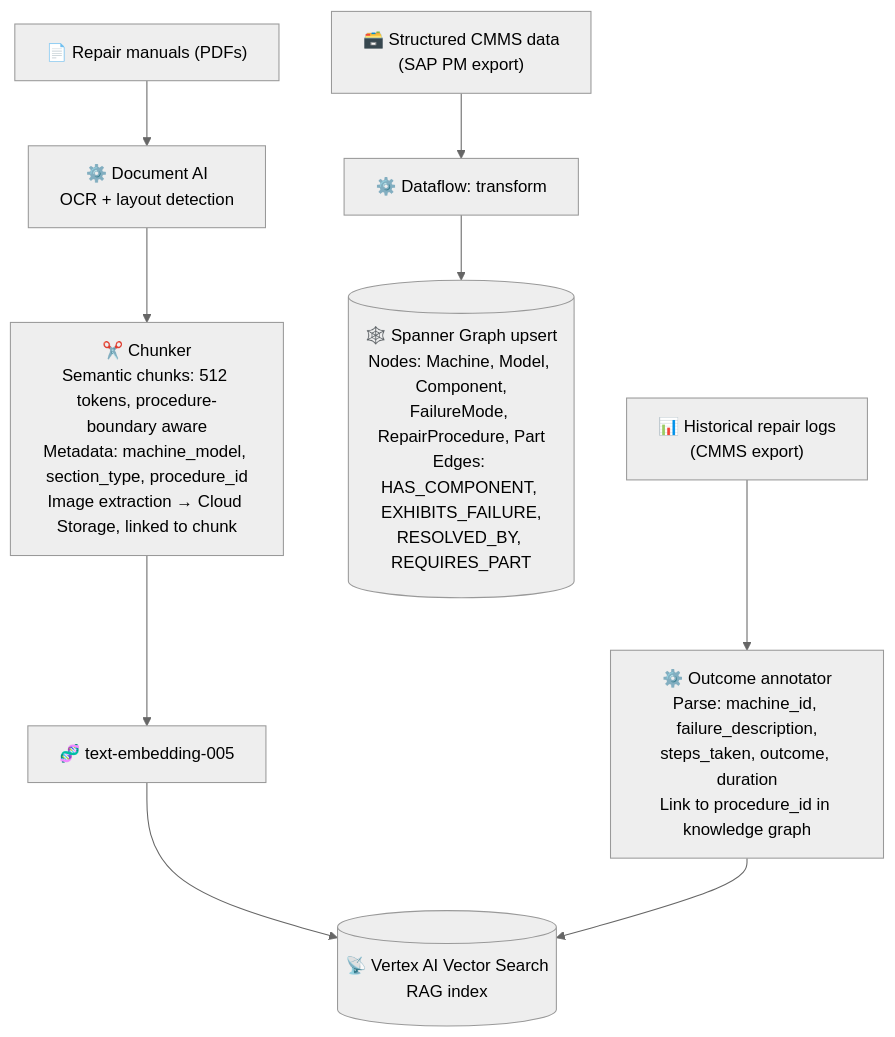
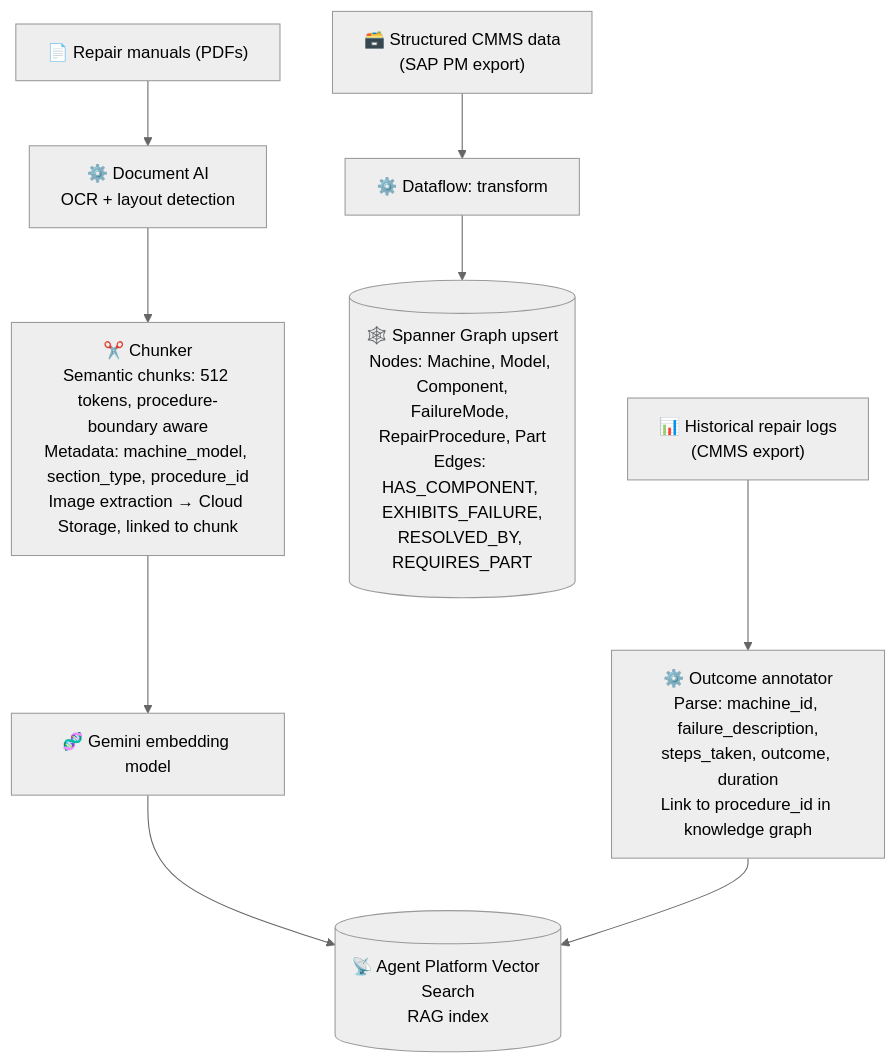
One commit to sundante/sun-course-genai changed the second of 2 diagrams in src/content/16-Production-Agents/SystemDesigns/03-Smart-Diagnostic-Assistant-1.mdx. Above: the diagram before and after it, drawn with Mermaid (neutral theme). The commit also changed other lines of this file and 59 other files, not shown here.

````diff
--- a/src/content/16-Production-Agents/SystemDesigns/03-Smart-Diagnostic-Assistant-1.mdx
+++ b/src/content/16-Production-Agents/SystemDesigns/03-Smart-Diagnostic-Assistant-1.mdx
@@ -222,12 +222,12 @@
 ```mermaid
 flowchart TD
     A["📄 Repair manuals (PDFs)"] --> B["⚙️ Document AI<br/>OCR + layout detection"]
     B --> C["✂️ Chunker<br/>Semantic chunks: 512 tokens, procedure-boundary aware<br/>Metadata: machine_model, section_type, procedure_id<br/>Image extraction → Cloud Storage, linked to chunk"]
-    C --> D["🧬 text-embedding-005"] --> E[("📡 Vertex AI Vector Search<br/>RAG index")]
+    C --> D["🧬 Gemini embedding model"] --> E[("📡 Agent Platform Vector Search<br/>RAG index")]
 
     F["🗃️ Structured CMMS data<br/>(SAP PM export)"] --> G["⚙️ Dataflow: transform"]
     G --> H[("🕸️ Spanner Graph upsert<br/>Nodes: Machine, Model, Component,<br/>FailureMode, RepairProcedure, Part<br/>Edges: HAS_COMPONENT, EXHIBITS_FAILURE,<br/>RESOLVED_BY, REQUIRES_PART")]
 
     I["📊 Historical repair logs<br/>(CMMS export)"] --> J["⚙️ Outcome annotator<br/>Parse: machine_id, failure_description,<br/>steps_taken, outcome, duration<br/>Link to procedure_id in knowledge graph"]
     J --> E
 ```
````
